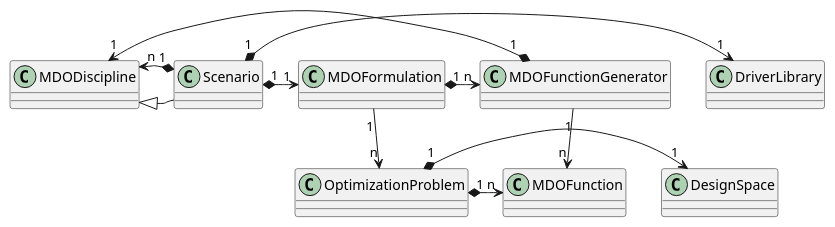
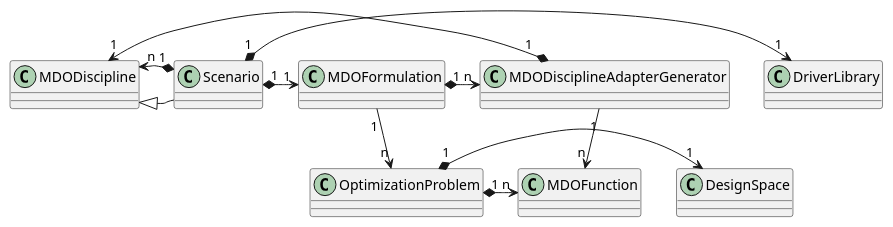
The second of 5 diagrams in doc_src/software/system_architecture.rst (gemseo/gemseo), drawn with PlantUML before and after one commit. The commit also changed other lines of this file and 16 other files, not shown here.

Commit message:
Rename MakeFunction and MDOFunctionGenerator

```diff
--- a/doc_src/software/system_architecture.rst
+++ b/doc_src/software/system_architecture.rst
@@ -253,31 +253,31 @@
 .. uml::
 
    @startuml
    class Scenario {
    }
    class MDODiscipline {
    }
    class MDOFormulation {
    }
    class OptimizationProblem {
    }
    class DesignSpace {
    }
-   class MDOFunctionGenerator {
+   class MDODisciplineAdapterGenerator {
    }
    class MDOFunction {
    }
    class DriverLibrary {
    }
 
    MDODiscipline <|- Scenario
    Scenario "1" *-> "n" MDODiscipline
    Scenario "1" *-> "1" MDOFormulation
    MDOFormulation "1" --> "n" OptimizationProblem
-   MDOFunctionGenerator "1" --> "n" MDOFunction
-   MDOFunctionGenerator "1" *-> "1" MDODiscipline
+   MDODisciplineAdapterGenerator "1" --> "n" MDOFunction
+   MDODisciplineAdapterGenerator "1" *-> "1" MDODiscipline
    Scenario "1" *-> "1" DriverLibrary
    OptimizationProblem "1" *-> "1" DesignSpace
    OptimizationProblem "1" *-> "n" MDOFunction
-   MDOFormulation "1" *-> "n" MDOFunctionGenerator
+   MDOFormulation "1" *-> "n" MDODisciplineAdapterGenerator
    @end uml
```
